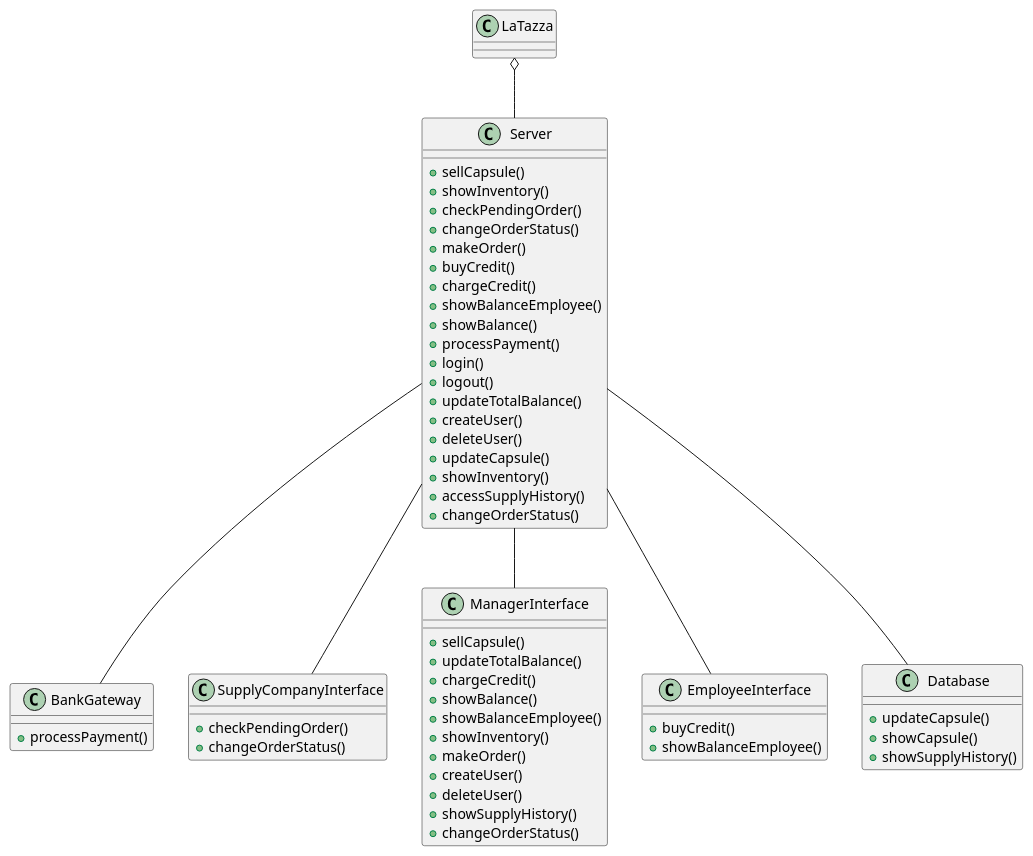
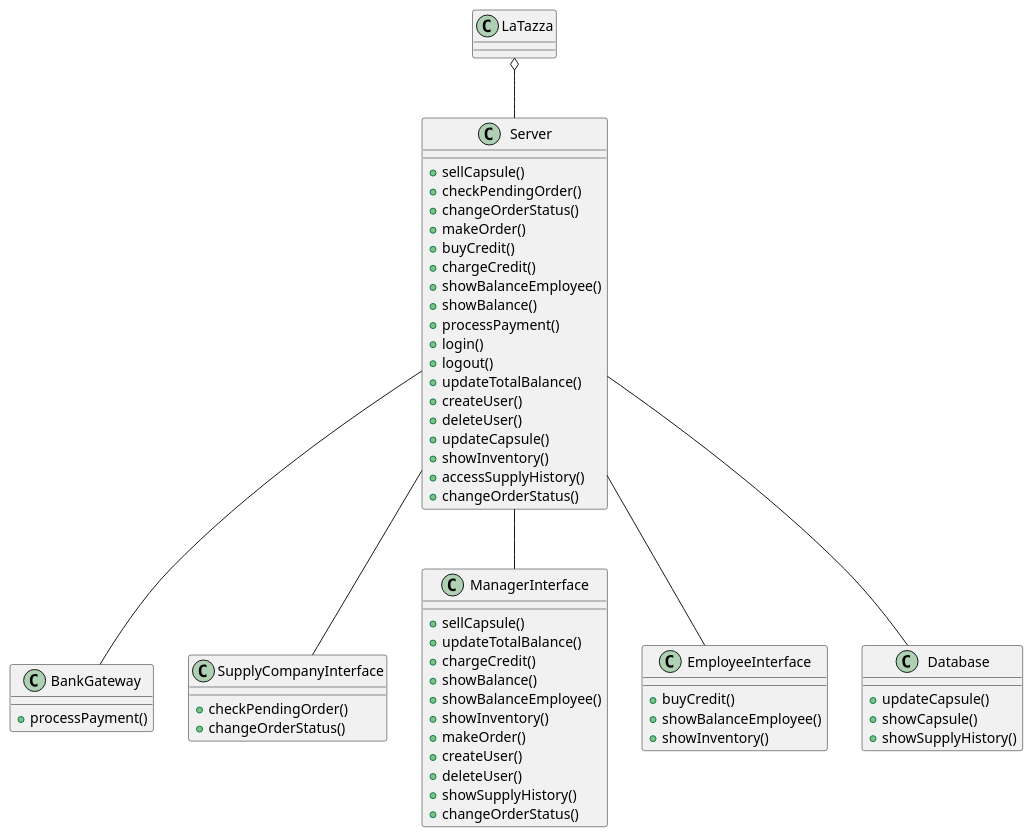
One commit to roypaulin/laTazza changed the fourth of 4 diagrams in Project/Requirements/RequirementDocument.md. Above: the diagram before and after it, drawn with PlantUML. The commit also changed other lines of this file, not shown here.

````diff
--- a/Project/Requirements/RequirementDocument.md
+++ b/Project/Requirements/RequirementDocument.md
@@ -431,75 +437,75 @@
 ```plantuml
 class LaTazza{
 
 }
 
 class Server{
 /' management Capsule '/
 +sellCapsule()
-+showInventory()
 /' SupplyCompany related functions '/
 +checkPendingOrder()
 +changeOrderStatus()
 +makeOrder()
 /' management Credit '/
 +buyCredit()
 +chargeCredit()
 +showBalanceEmployee()
 /' LaTazza balance'/
 +showBalance()
 /' BankingSystem related functions '/
 +processPayment()
 +login()
 +logout()
 +updateTotalBalance()
 +createUser()
 +deleteUser()
 +updateCapsule()
 +showInventory()
 +accessSupplyHistory()
 +changeOrderStatus()
 }
 
 class BankGateway{
 +processPayment()
 }
 
 class SupplyCompanyInterface{
 +checkPendingOrder()
 +changeOrderStatus()
 }
 
 class ManagerInterface{
 +sellCapsule()
 +updateTotalBalance()
 +chargeCredit()
 +showBalance()
 +showBalanceEmployee()
 +showInventory()
 +makeOrder()
 +createUser()
 +deleteUser()
 +showSupplyHistory()
 +changeOrderStatus()
 }
 
 class EmployeeInterface{
 +buyCredit()
 +showBalanceEmployee()
++showInventory()
 }
 
 class Database{
 +updateCapsule()
 +showCapsule()
 +showSupplyHistory()
 }
 
 
 LaTazza o--  Server
 Server -- BankGateway
 Server -- ManagerInterface
 Server -- EmployeeInterface
 Server -- SupplyCompanyInterface
 Server -- Database
 
 ```
````
